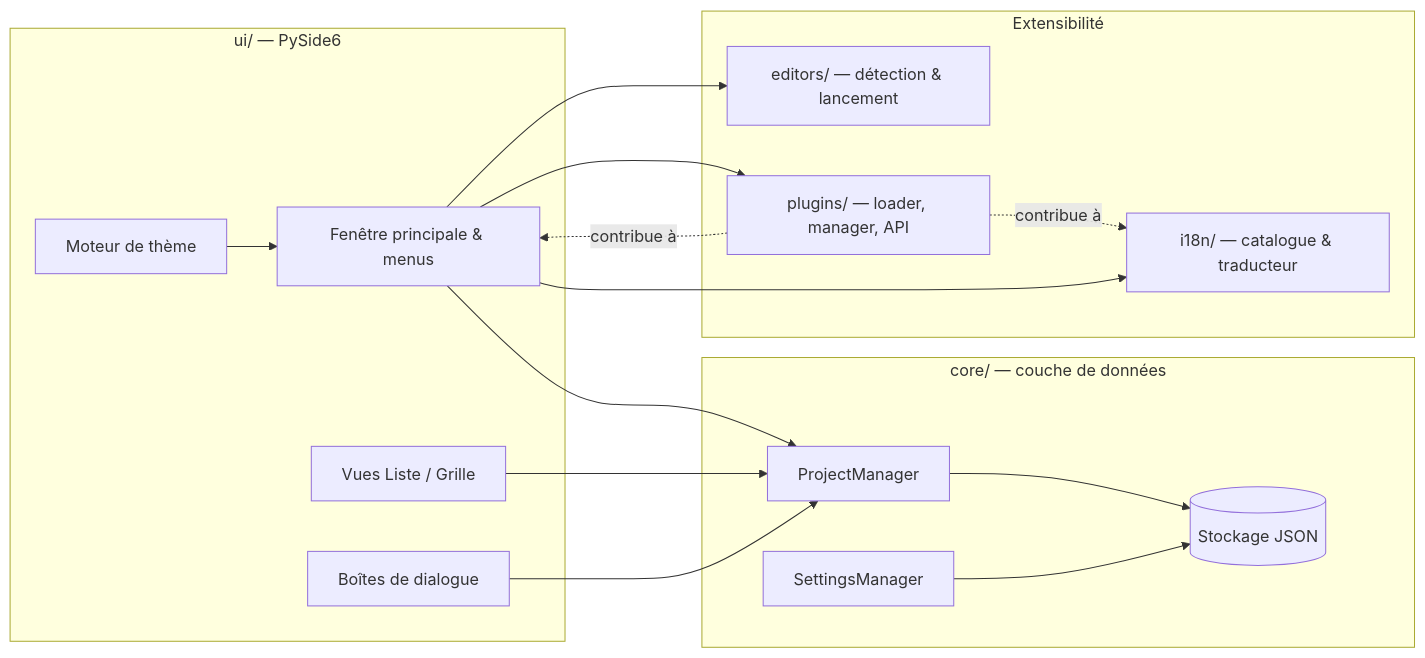
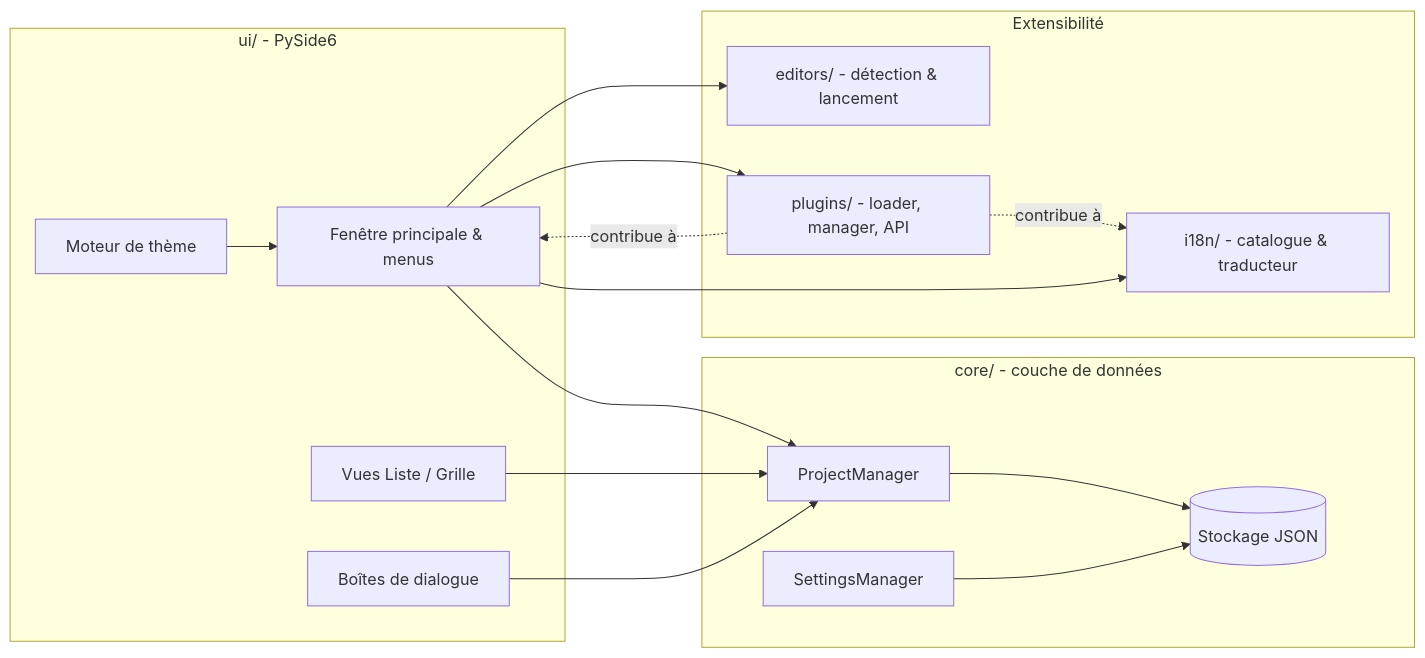
Before and after one commit to rodolphe37/my-apps-library: the diagram in README.fr.md, drawn with Mermaid. The commit also changed other lines of this file and 66 other files, not shown here.

````diff
--- a/README.fr.md
+++ b/README.fr.md
@@ -203,33 +207,33 @@
 ```mermaid
 flowchart LR
-    subgraph UI["ui/ — PySide6"]
+    subgraph UI["ui/ - PySide6"]
         MW[Fenêtre principale & menus]
         Views[Vues Liste / Grille]
         Dialogs[Boîtes de dialogue]
         Theme[Moteur de thème]
     end
 
-    subgraph Core["core/ — couche de données"]
+    subgraph Core["core/ - couche de données"]
         PM[ProjectManager]
         SM[SettingsManager]
         Store[(Stockage JSON)]
     end
 
     subgraph Ext["Extensibilité"]
-        Editors[editors/ — détection & lancement]
-        Plugins[plugins/ — loader, manager, API]
-        I18n[i18n/ — catalogue & traducteur]
+        Editors[editors/ - détection & lancement]
+        Plugins[plugins/ - loader, manager, API]
+        I18n[i18n/ - catalogue & traducteur]
     end
 
     MW --> PM
     Views --> PM
     Dialogs --> PM
     PM --> Store
     SM --> Store
     MW --> Editors
     MW --> Plugins
     Plugins -. contribue à .-> MW
     Plugins -. contribue à .-> I18n
     MW --> I18n
     Theme --> MW
 ```
````
